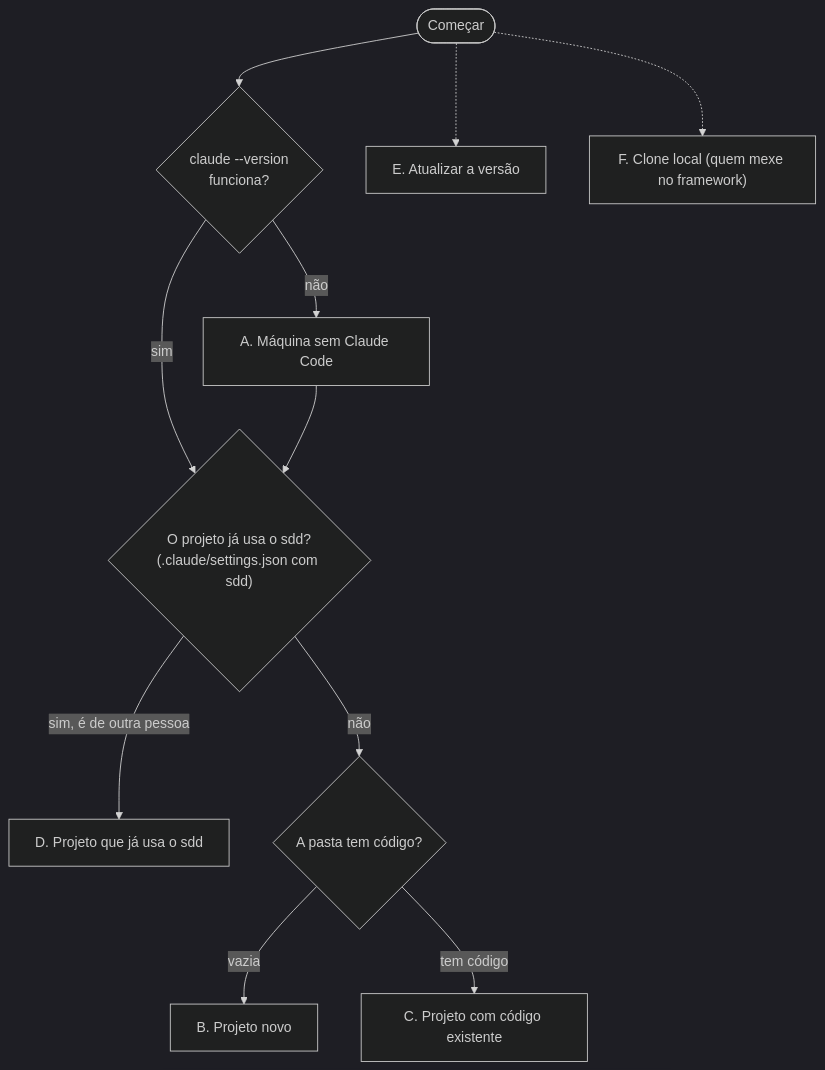
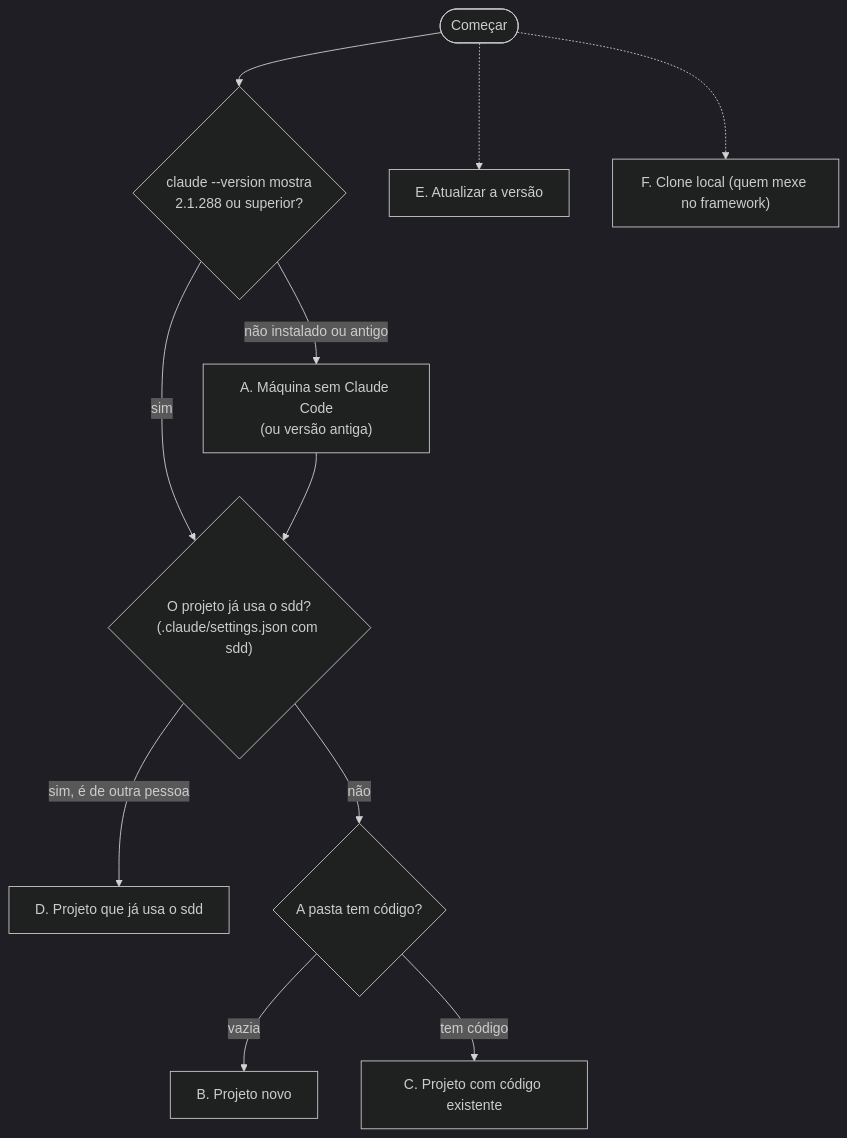
The diagram in docs/instalacao.md (powerlok/claude-sdd-framework), drawn with Mermaid (dark theme) before and after one commit. The commit also changed other lines of this file and 6 other files, not shown here.

````diff
--- a/docs/instalacao.md
+++ b/docs/instalacao.md
@@ -15,13 +19,13 @@
 ```mermaid
 flowchart TD
-    S([Começar]) --> Q1{"claude --version<br/>funciona?"}
-    Q1 -->|não| A["A. Máquina sem Claude Code"]
+    S([Começar]) --> Q1{"claude --version mostra<br/>2.1.288 ou superior?"}
+    Q1 -->|não instalado ou antigo| A["A. Máquina sem Claude Code<br/>(ou versão antiga)"]
     Q1 -->|sim| Q2{"O projeto já usa o sdd?<br/>(.claude/settings.json com sdd)"}
     Q2 -->|sim, é de outra pessoa| D["D. Projeto que já usa o sdd"]
     Q2 -->|não| Q3{"A pasta tem código?"}
     Q3 -->|vazia| B["B. Projeto novo"]
     Q3 -->|tem código| C["C. Projeto com código existente"]
     A --> Q2
     S -.-> E["E. Atualizar a versão"]
     S -.-> F["F. Clone local (quem mexe no framework)"]
 ```
````
